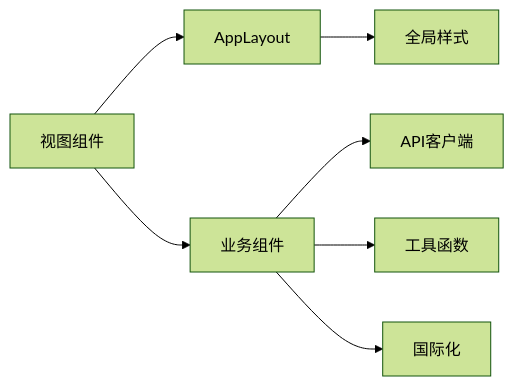
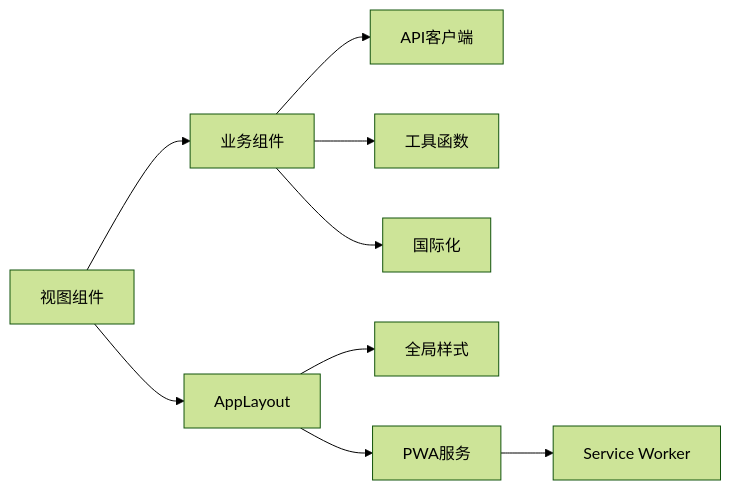
The eighth of 8 diagrams in .qoder/repowiki/zh/content/前端开发/组件系统/组件系统.md (xufuyu/Lumen), drawn with Mermaid (forest theme) before and after one commit. The commit also changed other lines of this file and 43 other files, not shown here.

````diff
--- a/.qoder/repowiki/zh/content/前端开发/组件系统/组件系统.md
+++ b/.qoder/repowiki/zh/content/前端开发/组件系统/组件系统.md
@@ -361,9 +439,11 @@
 ```mermaid
 graph LR
 Views["视图组件"] --> Layout["AppLayout"]
 Views --> Business["业务组件"]
 Business --> API["API客户端"]
 Business --> Utils["工具函数"]
 Business --> I18n["国际化"]
 Layout --> Style["全局样式"]
+Layout --> PWA["PWA服务"]
+PWA --> SW["Service Worker"]
 ```
````
